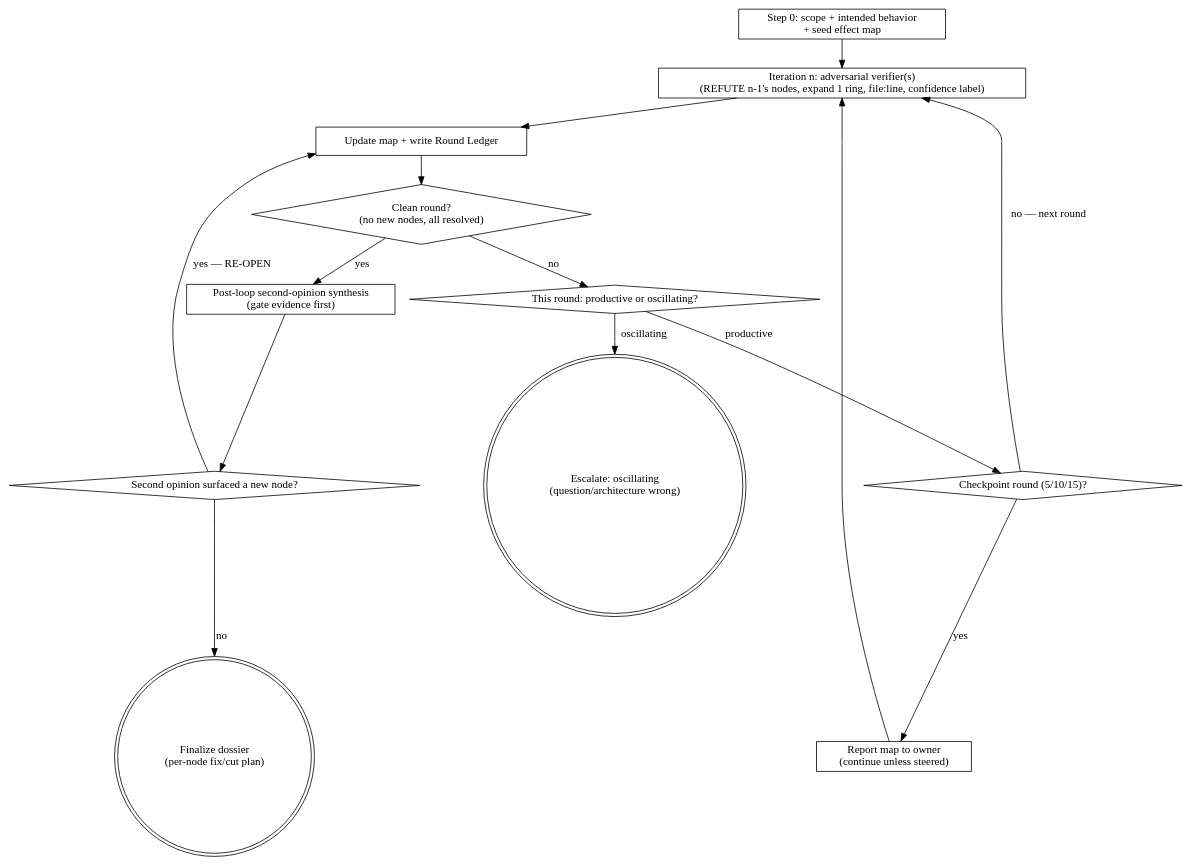
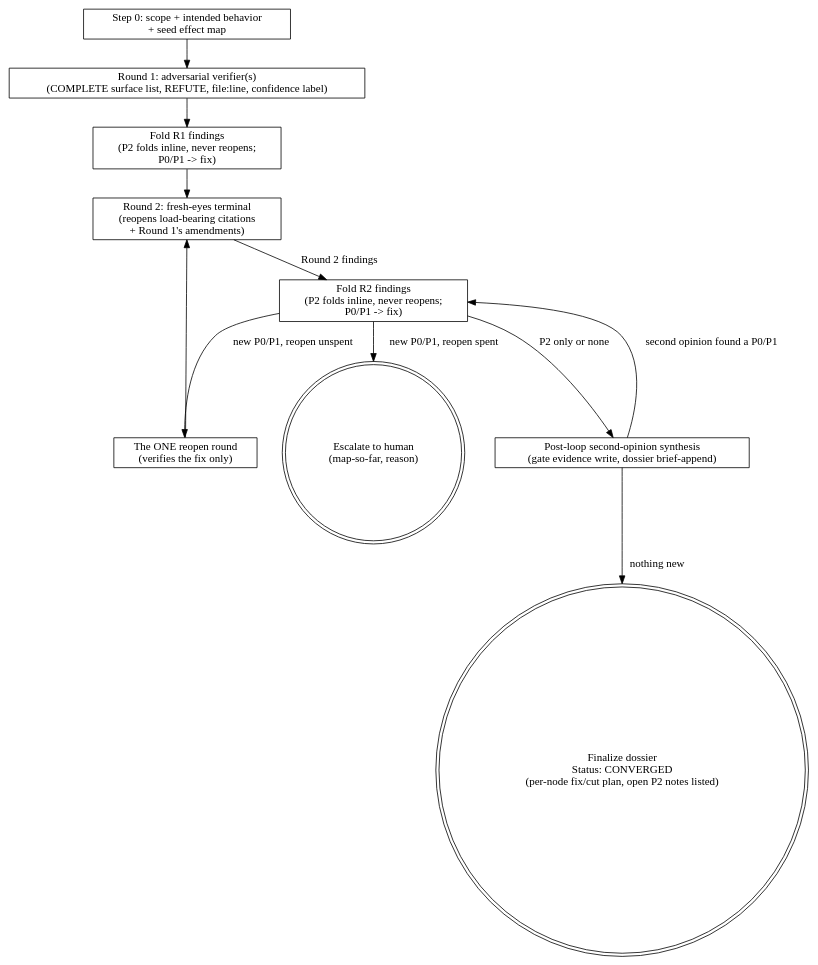
The diagram in claude-code/harness/modules/21-pipeline-skills/files/dot-claude/skills/MAP/SKILL.md (GeorgeThiel-hob/georgethiel), drawn with Graphviz before and after one commit. The commit also changed other lines of this file and 6 other files, not shown here.

````diff
--- a/claude-code/harness/modules/21-pipeline-skills/files/dot-claude/skills/MAP/SKILL.md
+++ b/claude-code/harness/modules/21-pipeline-skills/files/dot-claude/skills/MAP/SKILL.md
@@ -206,29 +236,24 @@
 ```dot
 digraph map {
     "Step 0: scope + intended behavior\n+ seed effect map" [shape=box];
-    "Iteration n: adversarial verifier(s)\n(REFUTE n-1's nodes, expand 1 ring, file:line, confidence label)" [shape=box];
-    "Update map + write Round Ledger" [shape=box];
-    "Clean round?\n(no new nodes, all resolved)" [shape=diamond];
-    "This round: productive or oscillating?" [shape=diamond];
-    "Checkpoint round (5/10/15)?" [shape=diamond];
-    "Report map to owner\n(continue unless steered)" [shape=box];
-    "Escalate: oscillating\n(question/architecture wrong)" [shape=doublecircle];
-    "Post-loop second-opinion synthesis\n(gate evidence first)" [shape=box];
-    "Second opinion surfaced a new node?" [shape=diamond];
-    "Finalize dossier\n(per-node fix/cut plan)" [shape=doublecircle];
+    "Round 1: adversarial verifier(s)\n(COMPLETE surface list, REFUTE, file:line, confidence label)" [shape=box];
+    "Fold R1 findings\n(P2 folds inline, never reopens;\nP0/P1 -> fix)" [shape=box];
+    "Fold R2 findings\n(P2 folds inline, never reopens;\nP0/P1 -> fix)" [shape=box];
+    "Escalate to human\n(map-so-far, reason)" [shape=doublecircle];
+    "The ONE reopen round\n(verifies the fix only)" [shape=box];
+    "Round 2: fresh-eyes terminal\n(reopens load-bearing citations\n+ Round 1's amendments)" [shape=box];
+    "Post-loop second-opinion synthesis\n(gate evidence write, dossier brief-append)" [shape=box];
+    "Finalize dossier\nStatus: CONVERGED\n(per-node fix/cut plan, open P2 notes listed)" [shape=doublecircle];
 
-    "Step 0: scope + intended behavior\n+ seed effect map" -> "Iteration n: adversarial verifier(s)\n(REFUTE n-1's nodes, expand 1 ring, file:line, confidence label)";
-    "Iteration n: adversarial verifier(s)\n(REFUTE n-1's nodes, expand 1 ring, file:line, confidence label)" -> "Update map + write Round Ledger";
-    "Update map + write Round Ledger" -> "Clean round?\n(no new nodes, all resolved)";
-    "Clean round?\n(no new nodes, all resolved)" -> "Post-loop second-opinion synthesis\n(gate evidence first)" [label="yes"];
-    "Clean round?\n(no new nodes, all resolved)" -> "This round: productive or oscillating?" [label="no"];
-    "This round: productive or oscillating?" -> "Escalate: oscillating\n(question/architecture wrong)" [label="oscillating"];
-    "This round: productive or oscillating?" -> "Checkpoint round (5/10/15)?" [label="productive"];
-    "Checkpoint round (5/10/15)?" -> "Report map to owner\n(continue unless steered)" [label="yes"];
-    "Checkpoint round (5/10/15)?" -> "Iteration n: adversarial verifier(s)\n(REFUTE n-1's nodes, expand 1 ring, file:line, confidence label)" [label="no — next round"];
-    "Report map to owner\n(continue unless steered)" -> "Iteration n: adversarial verifier(s)\n(REFUTE n-1's nodes, expand 1 ring, file:line, confidence label)";
-    "Post-loop second-opinion synthesis\n(gate evidence first)" -> "Second opinion surfaced a new node?";
-    "Second opinion surfaced a new node?" -> "Update map + write Round Ledger" [label="yes — RE-OPEN"];
-    "Second opinion surfaced a new node?" -> "Finalize dossier\n(per-node fix/cut plan)" [label="no"];
+    "Step 0: scope + intended behavior\n+ seed effect map" -> "Round 1: adversarial verifier(s)\n(COMPLETE surface list, REFUTE, file:line, confidence label)";
+    "Round 1: adversarial verifier(s)\n(COMPLETE surface list, REFUTE, file:line, confidence label)" -> "Fold R1 findings\n(P2 folds inline, never reopens;\nP0/P1 -> fix)";
+    "Fold R1 findings\n(P2 folds inline, never reopens;\nP0/P1 -> fix)" -> "Round 2: fresh-eyes terminal\n(reopens load-bearing citations\n+ Round 1's amendments)";
+    "Round 2: fresh-eyes terminal\n(reopens load-bearing citations\n+ Round 1's amendments)" -> "Fold R2 findings\n(P2 folds inline, never reopens;\nP0/P1 -> fix)" [label="Round 2 findings"];
+    "Fold R2 findings\n(P2 folds inline, never reopens;\nP0/P1 -> fix)" -> "Post-loop second-opinion synthesis\n(gate evidence write, dossier brief-append)" [label="P2 only or none"];
+    "Fold R2 findings\n(P2 folds inline, never reopens;\nP0/P1 -> fix)" -> "The ONE reopen round\n(verifies the fix only)" [label="new P0/P1, reopen unspent"];
+    "Fold R2 findings\n(P2 folds inline, never reopens;\nP0/P1 -> fix)" -> "Escalate to human\n(map-so-far, reason)" [label="new P0/P1, reopen spent"];
+    "The ONE reopen round\n(verifies the fix only)" -> "Round 2: fresh-eyes terminal\n(reopens load-bearing citations\n+ Round 1's amendments)";
+    "Post-loop second-opinion synthesis\n(gate evidence write, dossier brief-append)" -> "Fold R2 findings\n(P2 folds inline, never reopens;\nP0/P1 -> fix)" [label="second opinion found a P0/P1"];
+    "Post-loop second-opinion synthesis\n(gate evidence write, dossier brief-append)" -> "Finalize dossier\nStatus: CONVERGED\n(per-node fix/cut plan, open P2 notes listed)" [label="nothing new"];
 }
 ```
````
